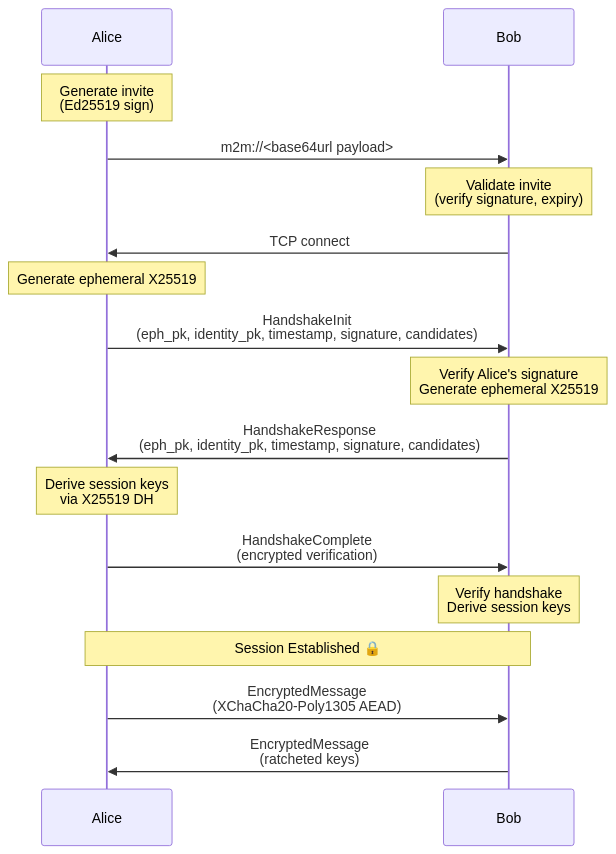
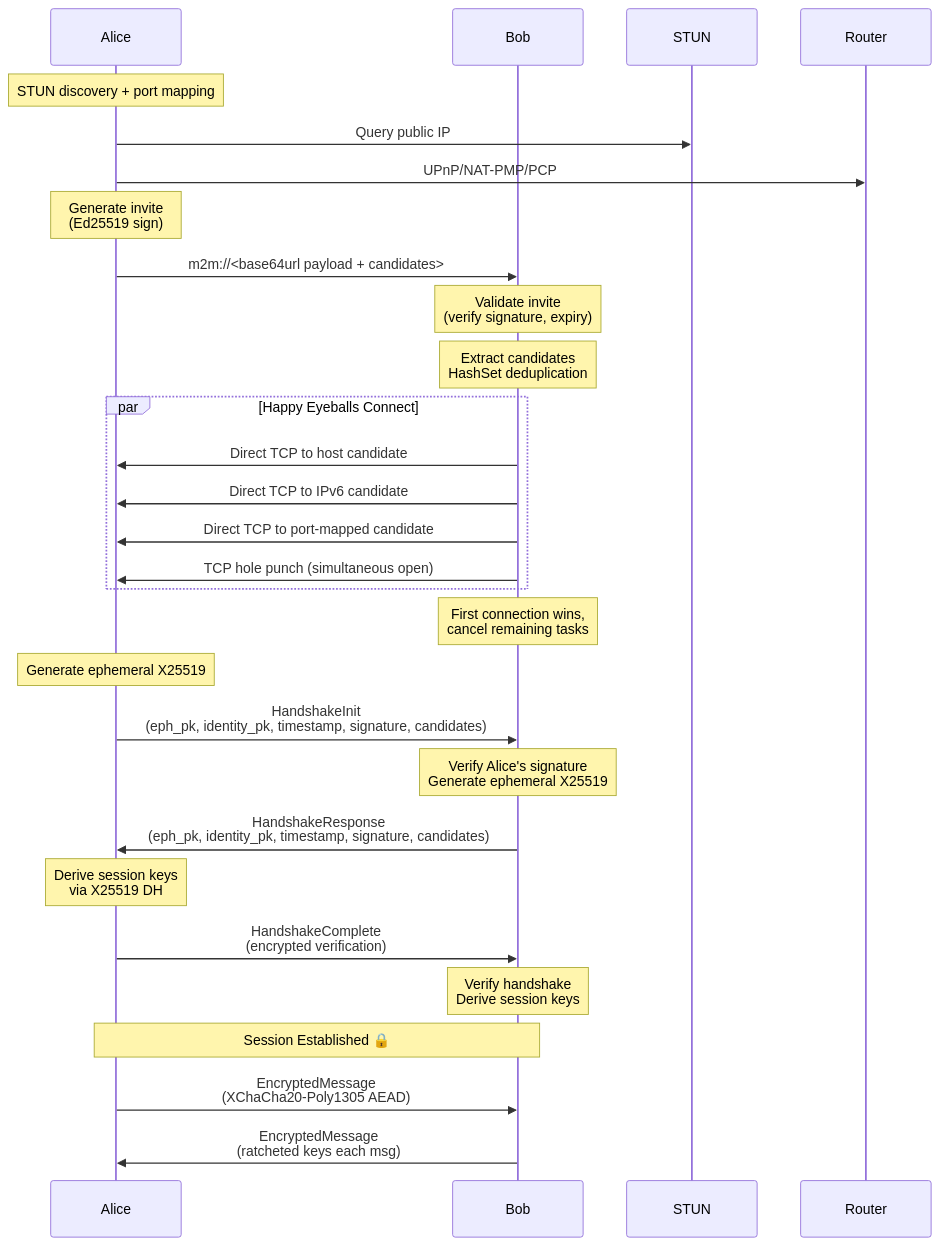
Before and after one commit to Nciibi/m2m: the third of 3 diagrams in README.md, drawn with Mermaid. The commit also changed other lines of this file and 2 other files, not shown here.

````diff
--- a/README.md
+++ b/README.md
@@ -241,24 +327,37 @@
 ```mermaid
 sequenceDiagram
     participant Alice
     participant Bob
 
+    Note over Alice: STUN discovery + port mapping
+    Alice->>STUN: Query public IP
+    Alice->>Router: UPnP/NAT-PMP/PCP
+
     Note over Alice: Generate invite<br/>(Ed25519 sign)
-    Alice->>Bob: m2m://<base64url payload>
+    Alice->>Bob: m2m://<base64url payload + candidates>
+
     Note over Bob: Validate invite<br/>(verify signature, expiry)
+    Note over Bob: Extract candidates<br/>HashSet deduplication
 
-    Bob->>Alice: TCP connect
+    par Happy Eyeballs Connect
+        Bob->>Alice: Direct TCP to host candidate
+        Bob->>Alice: Direct TCP to IPv6 candidate
+        Bob->>Alice: Direct TCP to port-mapped candidate
+        Bob->>Alice: TCP hole punch (simultaneous open)
+    end
+
+    Note over Bob: First connection wins,<br/>cancel remaining tasks
 
     Note over Alice: Generate ephemeral X25519
     Alice->>Bob: HandshakeInit<br/>(eph_pk, identity_pk, timestamp, signature, candidates)
     Note over Bob: Verify Alice's signature<br/>Generate ephemeral X25519
     Bob->>Alice: HandshakeResponse<br/>(eph_pk, identity_pk, timestamp, signature, candidates)
     Note over Alice: Derive session keys<br/>via X25519 DH
 
     Alice->>Bob: HandshakeComplete<br/>(encrypted verification)
     Note over Bob: Verify handshake<br/>Derive session keys
 
     Note over Alice, Bob: Session Established 🔒
     Alice->>Bob: EncryptedMessage<br/>(XChaCha20-Poly1305 AEAD)
-    Bob->>Alice: EncryptedMessage<br/>(ratcheted keys)
+    Bob->>Alice: EncryptedMessage<br/>(ratcheted keys each msg)
 ```
````
